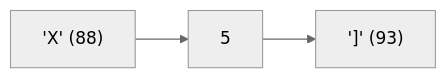
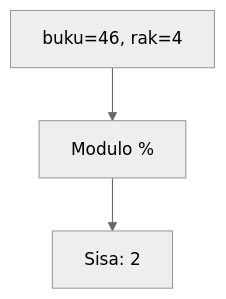
One commit to amnahwaida/OSNK_INF_PREP changed the fifth of 25 diagrams in part-c-pemahaman-cpp/01-tipe-data/latihan/set-12.md. Above: the diagram before and after it, drawn with Mermaid (neutral theme). The commit also changed other lines of this file and 71 other files, not shown here.

````diff
--- a/part-c-pemahaman-cpp/01-tipe-data/latihan/set-12.md
+++ b/part-c-pemahaman-cpp/01-tipe-data/latihan/set-12.md
@@ -131,5 +135,5 @@
 ```mermaid
-graph LR
-A["'X' (88)"] --> B["5"]
-B --> C["']' (93)"]
+graph TD
+A["buku=46, rak=4"] --> B["Modulo %"]
+B --> C["Sisa: 2"]
 ```
````
